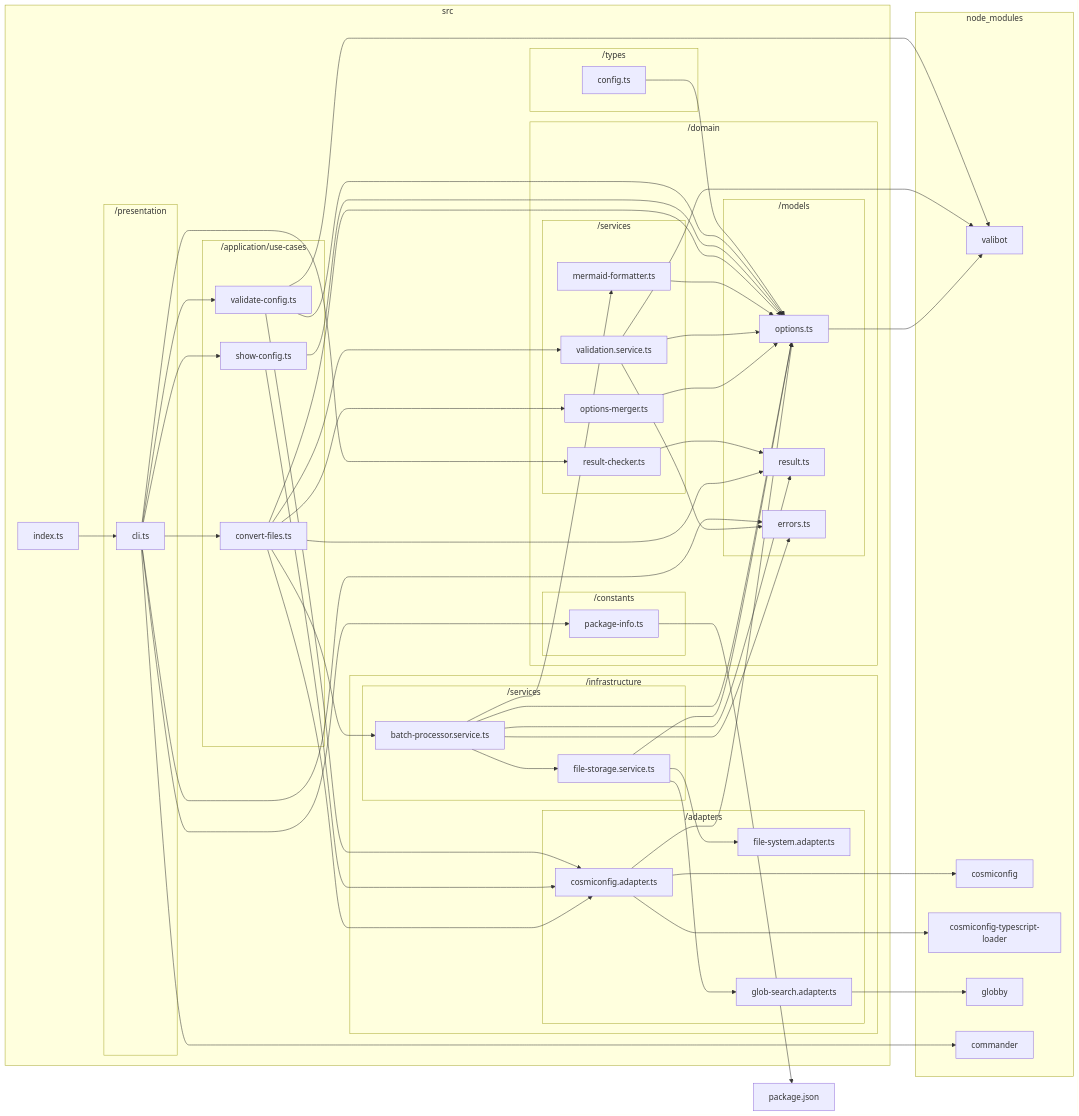
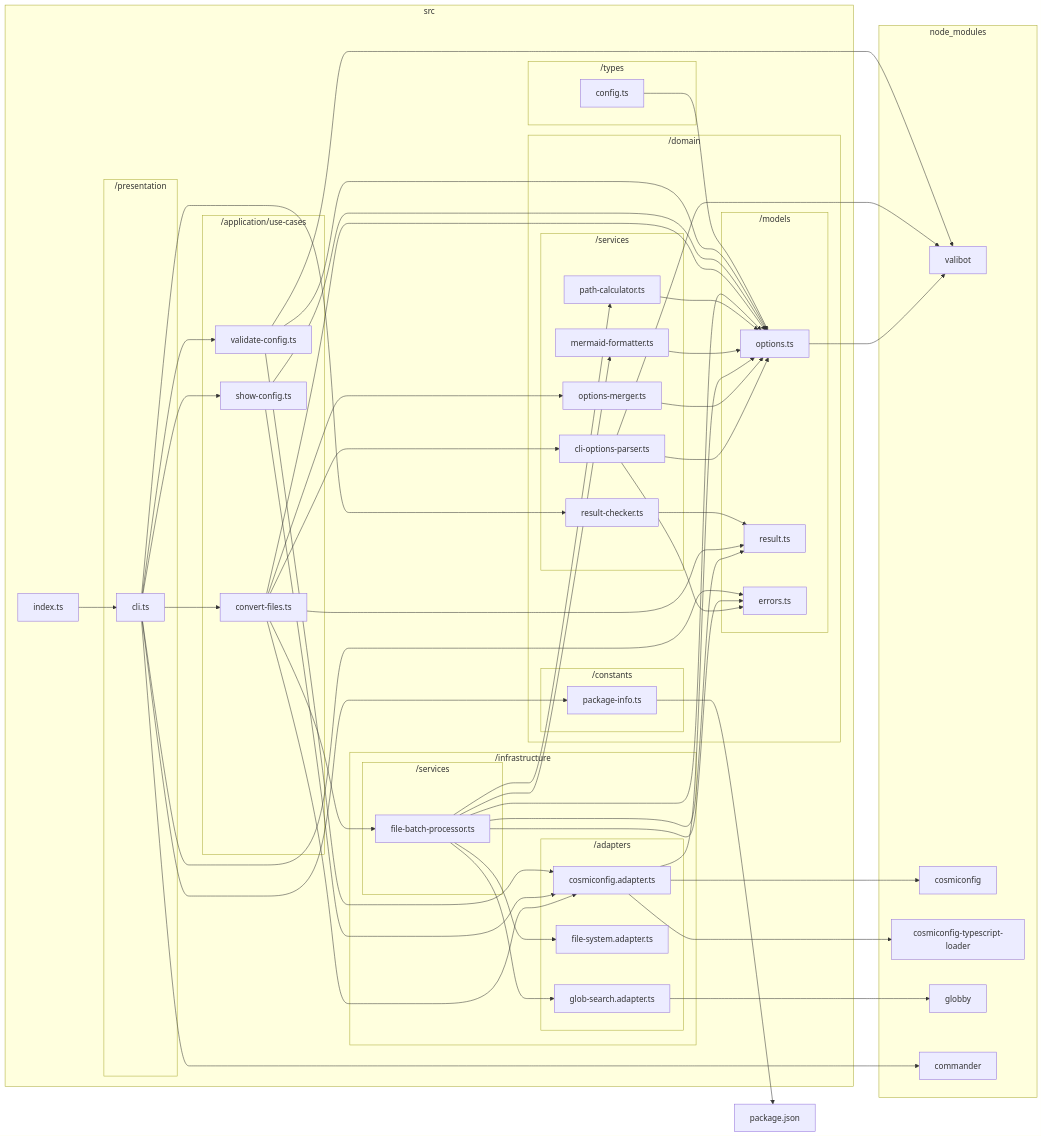
One commit to sugurutakahashi-1234/mermaid-markdown-wrap changed the diagram in docs/reports/dependencies/deps-graph.md. Above: the diagram before and after it, drawn with Mermaid. The commit also changed 6 other files, not shown here.

First line of the commit message:
feat: enhance file processing and CLI options validation

```diff
--- a/docs/reports/dependencies/deps-graph.md
+++ b/docs/reports/dependencies/deps-graph.md
@@ -15,9 +15,10 @@
                 src/domain/models/errors.ts["errors.ts"]
             end
             subgraph src/domain/services["/services"]
+                src/domain/services/cli//options//parser.ts["cli-options-parser.ts"]
                 src/domain/services/options//merger.ts["options-merger.ts"]
-                src/domain/services/validation.service.ts["validation.service.ts"]
                 src/domain/services/mermaid//formatter.ts["mermaid-formatter.ts"]
+                src/domain/services/path//calculator.ts["path-calculator.ts"]
                 src/domain/services/result//checker.ts["result-checker.ts"]
             end
             subgraph src/domain/constants["/constants"]
@@ -31,8 +32,7 @@
                 src/infrastructure/adapters/glob//search.adapter.ts["glob-search.adapter.ts"]
             end
             subgraph src/infrastructure/services["/services"]
-                src/infrastructure/services/file//storage.service.ts["file-storage.service.ts"]
-                src/infrastructure/services/batch//processor.service.ts["batch-processor.service.ts"]
+                src/infrastructure/services/file//batch//processor.ts["file-batch-processor.ts"]
             end
         end
         subgraph src/application/use//cases["/application/use-cases"]
@@ -55,29 +55,29 @@
         node//modules/commander/typings/index.d.ts["commander"]
     end
     src/domain/models/options.ts-->node//modules/valibot/dist/index.d.cts
+    src/domain/services/cli//options//parser.ts-->node//modules/valibot/dist/index.d.cts
+    src/domain/services/cli//options//parser.ts-->src/domain/models/errors.ts
+    src/domain/services/cli//options//parser.ts-->src/domain/models/options.ts
     src/domain/services/options//merger.ts-->src/domain/models/options.ts
-    src/domain/services/validation.service.ts-->node//modules/valibot/dist/index.d.cts
-    src/domain/services/validation.service.ts-->src/domain/models/errors.ts
-    src/domain/services/validation.service.ts-->src/domain/models/options.ts
     src/infrastructure/adapters/cosmiconfig.adapter.ts-->node//modules/cosmiconfig/dist/index.d.ts
     src/infrastructure/adapters/cosmiconfig.adapter.ts-->node//modules/cosmiconfig//typescript//loader/dist/types/index.d.ts
     src/infrastructure/adapters/cosmiconfig.adapter.ts-->src/domain/models/options.ts
     src/domain/services/mermaid//formatter.ts-->src/domain/models/options.ts
+    src/domain/services/path//calculator.ts-->src/domain/models/options.ts
     src/infrastructure/adapters/glob//search.adapter.ts-->node//modules/globby/index.d.ts
-    src/infrastructure/services/file//storage.service.ts-->src/domain/models/options.ts
-    src/infrastructure/services/file//storage.service.ts-->src/infrastructure/adapters/file//system.adapter.ts
-    src/infrastructure/services/file//storage.service.ts-->src/infrastructure/adapters/glob//search.adapter.ts
-    src/infrastructure/services/batch//processor.service.ts-->src/domain/models/errors.ts
-    src/infrastructure/services/batch//processor.service.ts-->src/domain/models/options.ts
-    src/infrastructure/services/batch//processor.service.ts-->src/domain/models/result.ts
-    src/infrastructure/services/batch//processor.service.ts-->src/domain/services/mermaid//formatter.ts
-    src/infrastructure/services/batch//processor.service.ts-->src/infrastructure/services/file//storage.service.ts
+    src/infrastructure/services/file//batch//processor.ts-->src/domain/models/errors.ts
+    src/infrastructure/services/file//batch//processor.ts-->src/domain/models/options.ts
+    src/infrastructure/services/file//batch//processor.ts-->src/domain/models/result.ts
+    src/infrastructure/services/file//batch//processor.ts-->src/domain/services/mermaid//formatter.ts
+    src/infrastructure/services/file//batch//processor.ts-->src/domain/services/path//calculator.ts
+    src/infrastructure/services/file//batch//processor.ts-->src/infrastructure/adapters/file//system.adapter.ts
+    src/infrastructure/services/file//batch//processor.ts-->src/infrastructure/adapters/glob//search.adapter.ts
     src/application/use//cases/convert//files.ts-->src/domain/models/options.ts
     src/application/use//cases/convert//files.ts-->src/domain/models/result.ts
+    src/application/use//cases/convert//files.ts-->src/domain/services/cli//options//parser.ts
     src/application/use//cases/convert//files.ts-->src/domain/services/options//merger.ts
-    src/application/use//cases/convert//files.ts-->src/domain/services/validation.service.ts
     src/application/use//cases/convert//files.ts-->src/infrastructure/adapters/cosmiconfig.adapter.ts
-    src/application/use//cases/convert//files.ts-->src/infrastructure/services/batch//processor.service.ts
+    src/application/use//cases/convert//files.ts-->src/infrastructure/services/file//batch//processor.ts
     src/application/use//cases/show//config.ts-->src/domain/models/options.ts
     src/application/use//cases/show//config.ts-->src/infrastructure/adapters/cosmiconfig.adapter.ts
     src/application/use//cases/validate//config.ts-->node//modules/valibot/dist/index.d.cts
```
